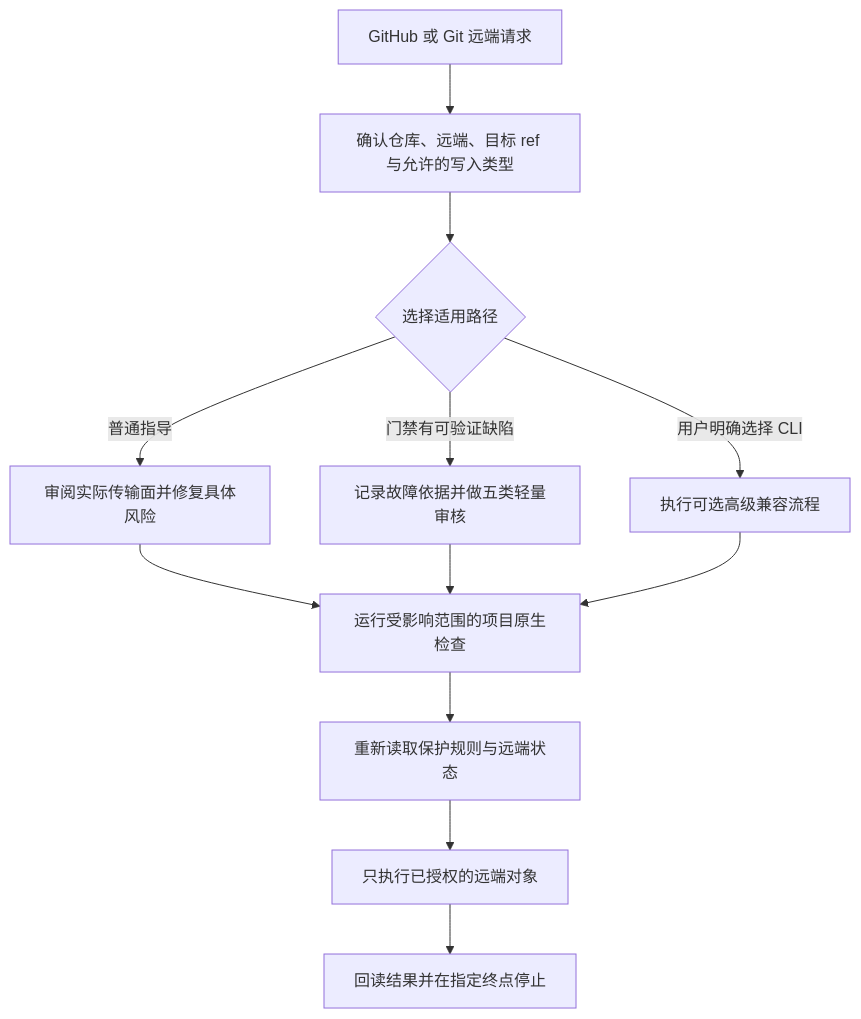
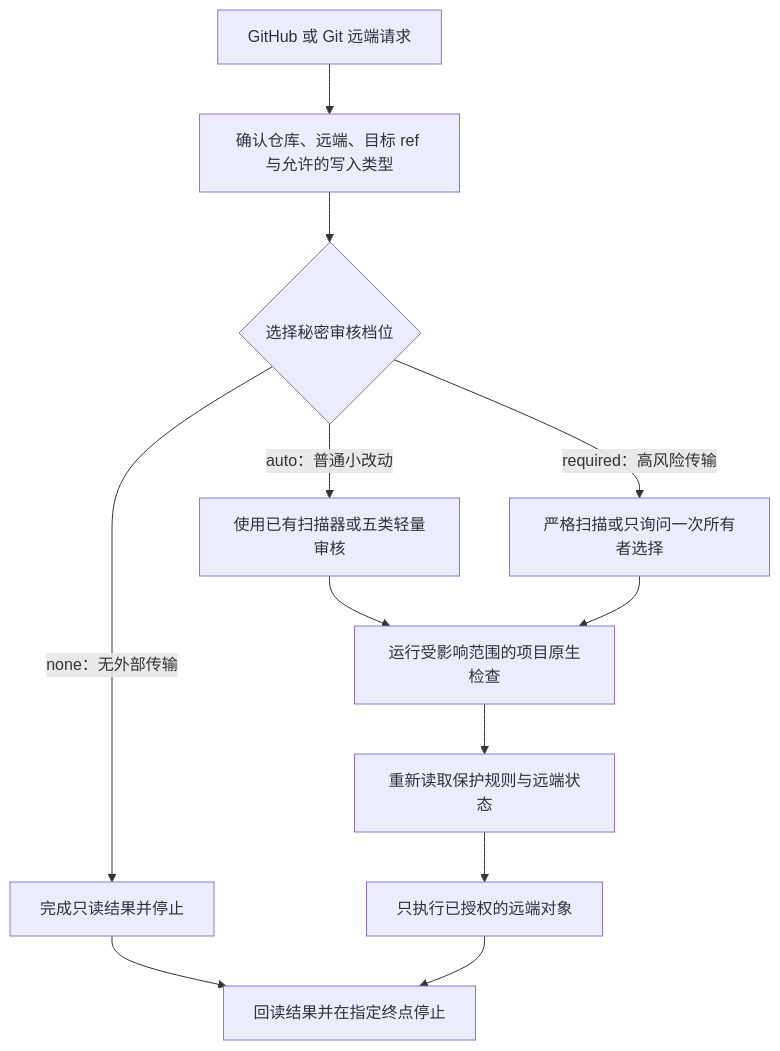
One commit to AIALRA-0/agent-github-safe-publish changed the diagram in README.md. Above: the diagram before and after it, drawn with Mermaid. The commit also changed other lines of this file and 26 other files, not shown here.

````diff
--- a/README.md
+++ b/README.md
@@ -24,14 +24,14 @@
 ```mermaid
 flowchart TD
     A[GitHub 或 Git 远端请求] --> B[确认仓库、远端、目标 ref 与允许的写入类型]
-    B --> C{选择适用路径}
-    C -->|普通指导| D[审阅实际传输面并修复具体风险]
-    C -->|门禁有可验证缺陷| E[记录故障依据并做五类轻量审核]
-    C -->|用户明确选择 CLI| F[执行可选高级兼容流程]
-    D --> G[运行受影响范围的项目原生检查]
-    E --> G
+    B --> C{选择秘密审核档位}
+    C -->|none：无外部传输| D[完成只读结果并停止]
+    C -->|auto：普通小改动| E[使用已有扫描器或五类轻量审核]
+    C -->|required：高风险传输| F[严格扫描或只询问一次所有者选择]
+    D --> J[回读结果并在指定终点停止]
+    E --> G[运行受影响范围的项目原生检查]
     F --> G
     G --> H[重新读取保护规则与远端状态]
     H --> I[只执行已授权的远端对象]
-    I --> J[回读结果并在指定终点停止]
+    I --> J
 ```
````
